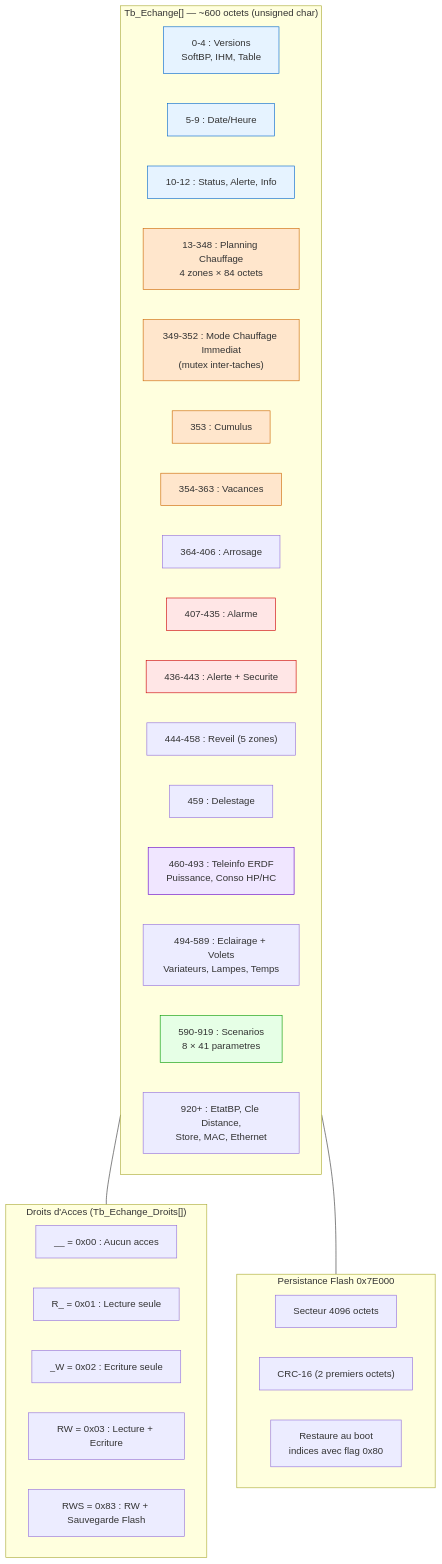
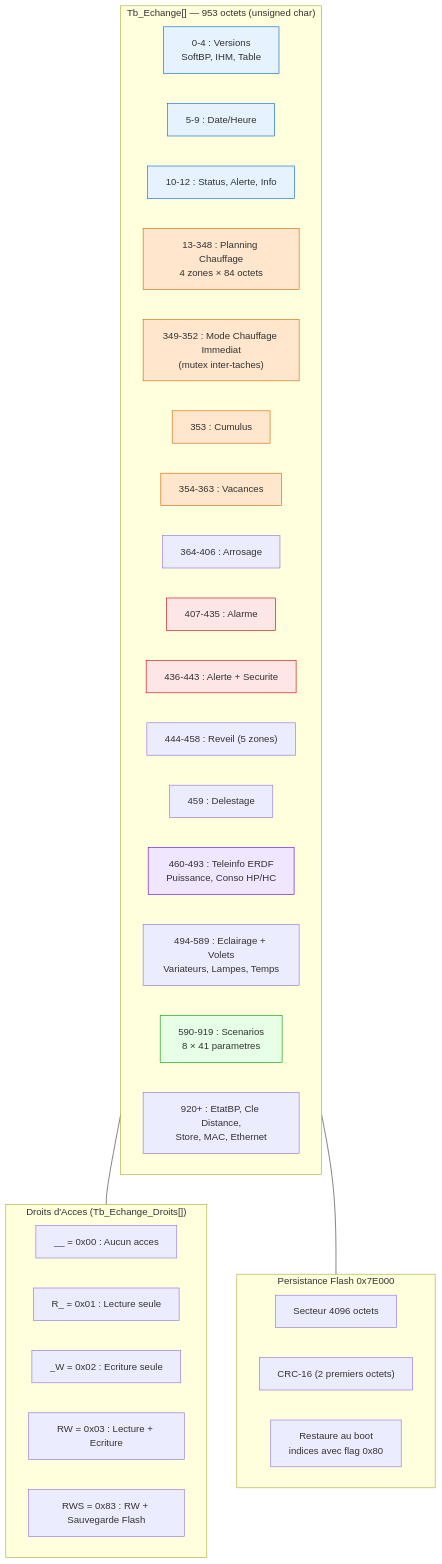
The sixth of 10 diagrams in archi/diagrams.md (essensys-hub/essensys-doc), drawn with Mermaid before and after one commit. The commit also changed other lines of this file and 12 other files, not shown here.

````diff
--- a/archi/diagrams.md
+++ b/archi/diagrams.md
@@ -397,50 +397,50 @@
 ```mermaid
 graph TB
-    subgraph Table["Tb_Echange[] — ~600 octets (unsigned char)"]
+    subgraph Table["Tb_Echange[] — 953 octets (unsigned char)"]
         v["0-4 : Versions<br/>SoftBP, IHM, Table"]
         dt["5-9 : Date/Heure"]
         st["10-12 : Status, Alerte, Info"]
         ch["13-348 : Planning Chauffage<br/>4 zones × 84 octets"]
         cm["349-352 : Mode Chauffage Immediat<br/>(mutex inter-taches)"]
         cu["353 : Cumulus"]
         va["354-363 : Vacances"]
         ar["364-406 : Arrosage"]
         al["407-435 : Alarme"]
         se["436-443 : Alerte + Securite"]
         re["444-458 : Reveil (5 zones)"]
         de["459 : Delestage"]
         ti["460-493 : Teleinfo ERDF<br/>Puissance, Conso HP/HC"]
         ec["494-589 : Eclairage + Volets<br/>Variateurs, Lampes, Temps"]
         sc["590-919 : Scenarios<br/>8 × 41 parametres"]
         bp["920+ : EtatBP, Cle Distance,<br/>Store, MAC, Ethernet"]
     end
 
     subgraph Droits["Droits d'Acces (Tb_Echange_Droits[])"]
         d1["__ = 0x00 : Aucun acces"]
         d2["R_ = 0x01 : Lecture seule"]
         d3["_W = 0x02 : Ecriture seule"]
         d4["RW = 0x03 : Lecture + Ecriture"]
         d5["RWS = 0x83 : RW + Sauvegarde Flash"]
     end
 
     subgraph Flash["Persistance Flash 0x7E000"]
         f1["Secteur 4096 octets"]
         f2["CRC-16 (2 premiers octets)"]
         f3["Restaure au boot<br/>indices avec flag 0x80"]
     end
 
     Table --- Droits
     Table --- Flash
 
     classDef version fill:#e6f3ff,stroke:#0066cc
     classDef heating fill:#ffe6cc,stroke:#cc6600
     classDef alarm fill:#ffe6e6,stroke:#cc0000
     classDef scenario fill:#e6ffe6,stroke:#009900
     classDef teleinfo fill:#f0e6ff,stroke:#6600cc
 
     class v,dt,st version
     class ch,cm,cu,va heating
     class al,se alarm
     class sc scenario
     class ti teleinfo
 ```
````
